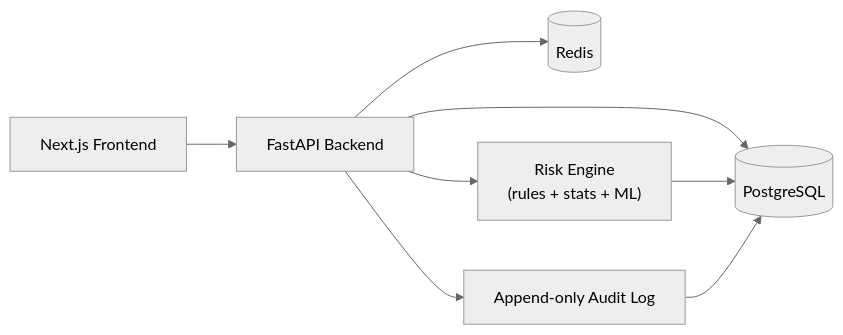
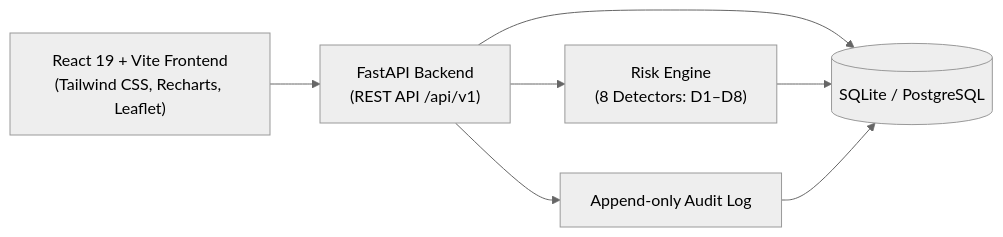
The diagram in README.md (himanshusah276/MPLADS-2), drawn with Mermaid (neutral theme) before and after one commit. The commit also changed other lines of this file and 39 other files, not shown here.

````diff
--- a/README.md
+++ b/README.md
@@ -62,10 +62,9 @@
 ```mermaid
 flowchart LR
-    FE["Next.js Frontend"] --> API["FastAPI Backend"]
-    API --> PG[("PostgreSQL")]
-    API --> REDIS[("Redis")]
-    API --> RISK["Risk Engine\n(rules + stats + ML)"]
-    RISK --> PG
+    FE["React 19 + Vite Frontend\n(Tailwind CSS, Recharts, Leaflet)"] --> API["FastAPI Backend\n(REST API /api/v1)"]
+    API --> DB[("SQLite / PostgreSQL")]
+    API --> RISK["Risk Engine\n(8 Detectors: D1–D8)"]
+    RISK --> DB
     API --> AUDIT["Append-only Audit Log"]
-    AUDIT --> PG
+    AUDIT --> DB
 ```
````
